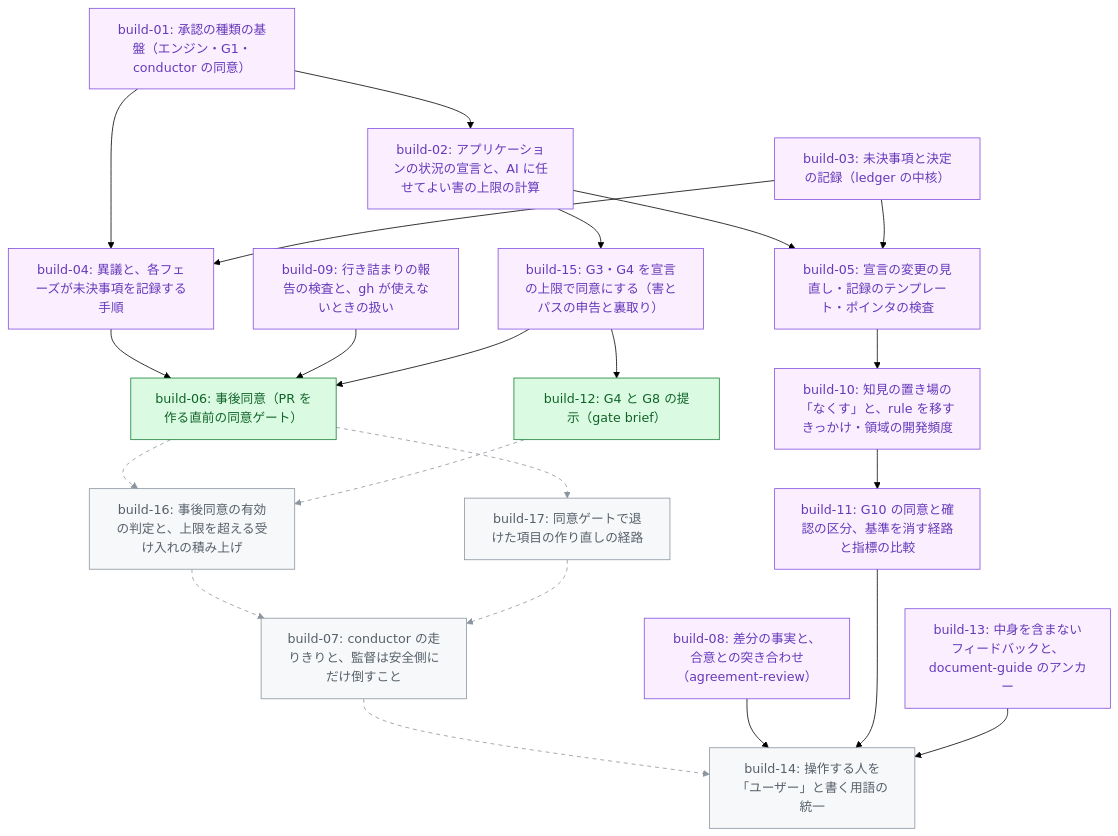
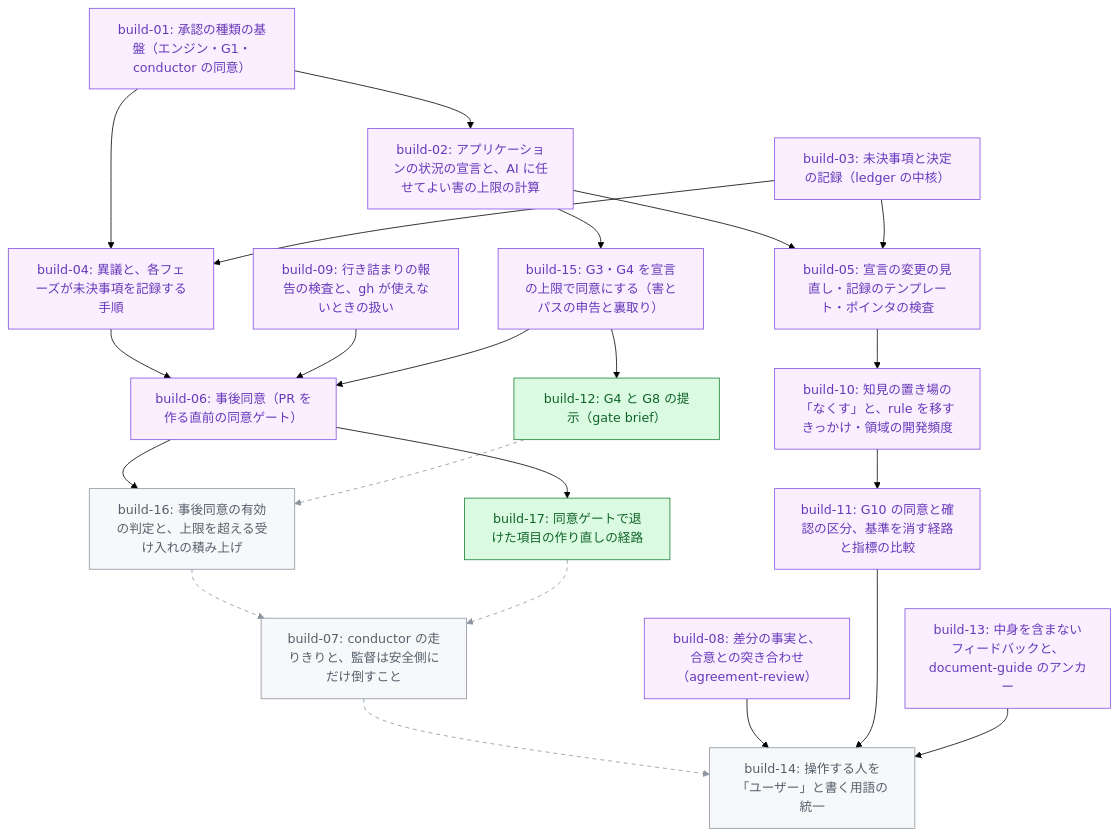
The diagram in .hikyaku/cycles/001-v3-core-concepts/tasklist.md (tak-solder/hikyaku), drawn with Mermaid (forest theme) before and after one commit. The commit also changed other lines of this file and 1 other file, not shown here.

Commit message:
build-06: PR 列の更新と完了の記録
Claude-Session: https://claude.ai/code/session_01RJieNbZxJTuNKqjvWpTagW

````diff
--- a/.hikyaku/cycles/001-v3-core-concepts/tasklist.md
+++ b/.hikyaku/cycles/001-v3-core-concepts/tasklist.md
@@ -32,48 +32,48 @@
 ```mermaid
 graph TD
   b01["build-01: 承認の種類の基盤（エンジン・G1・conductor の同意）"]
   b02["build-02: アプリケーションの状況の宣言と、AI に任せてよい害の上限の計算"]
   b03["build-03: 未決事項と決定の記録（ledger の中核）"]
   b04["build-04: 異議と、各フェーズが未決事項を記録する手順"]
   b05["build-05: 宣言の変更の見直し・記録のテンプレート・ポインタの検査"]
   b06["build-06: 事後同意（PR を作る直前の同意ゲート）"]
   b07["build-07: conductor の走りきりと、監督は安全側にだけ倒すこと"]
   b08["build-08: 差分の事実と、合意との突き合わせ（agreement-review）"]
   b09["build-09: 行き詰まりの報告の検査と、gh が使えないときの扱い"]
   b10["build-10: 知見の置き場の「なくす」と、rule を移すきっかけ・領域の開発頻度"]
   b11["build-11: G10 の同意と確認の区分、基準を消す経路と指標の比較"]
   b12["build-12: G4 と G8 の提示（gate brief）"]
   b13["build-13: 中身を含まないフィードバックと、document-guide のアンカー"]
   b14["build-14: 操作する人を「ユーザー」と書く用語の統一"]
   b15["build-15: G3・G4 を宣言の上限で同意にする（害とパスの申告と裏取り）"]
   b16["build-16: 事後同意の有効の判定と、上限を超える受け入れの積み上げ"]
   b17["build-17: 同意ゲートで退けた項目の作り直しの経路"]
   b01 --> b02
   b01 --> b04
   b03 --> b04
   b02 --> b05
   b03 --> b05
   b04 --> b06
   b09 --> b06
   b15 --> b06
   b16 -.-> b07
   b17 -.-> b07
   b05 --> b10
   b10 --> b11
   b15 --> b12
   b07 -.-> b14
   b08 --> b14
   b11 --> b14
   b13 --> b14
   b02 --> b15
-  b06 -.-> b16
+  b06 --> b16
   b12 -.-> b16
-  b06 -.-> b17
+  b06 --> b17
   classDef merged fill:#fbefff,stroke:#8250df,color:#6639ba
   classDef ready fill:#dafbe1,stroke:#1a7f37,color:#116329
   classDef blocked fill:#f6f8fa,stroke:#8c959f,color:#57606a
-  class b01,b02,b03,b04,b05,b08,b09,b10,b11,b13,b15 merged
-  class b06,b12 ready
-  class b07,b14,b16,b17 blocked
-  linkStyle 8,9,13,18,19,20 stroke:#8c959f,stroke-dasharray:5 5
+  class b01,b02,b03,b04,b05,b06,b08,b09,b10,b11,b13,b15 merged
+  class b12,b17 ready
+  class b07,b14,b16 blocked
+  linkStyle 8,9,13,19 stroke:#8c959f,stroke-dasharray:5 5
 ```
````
